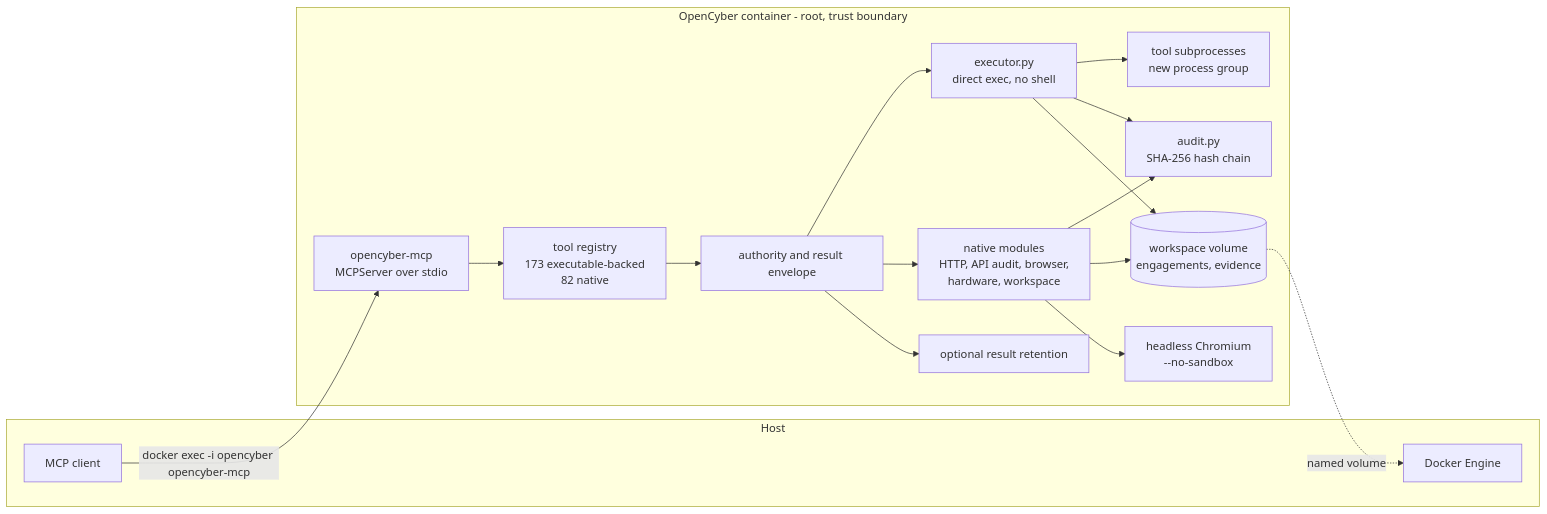
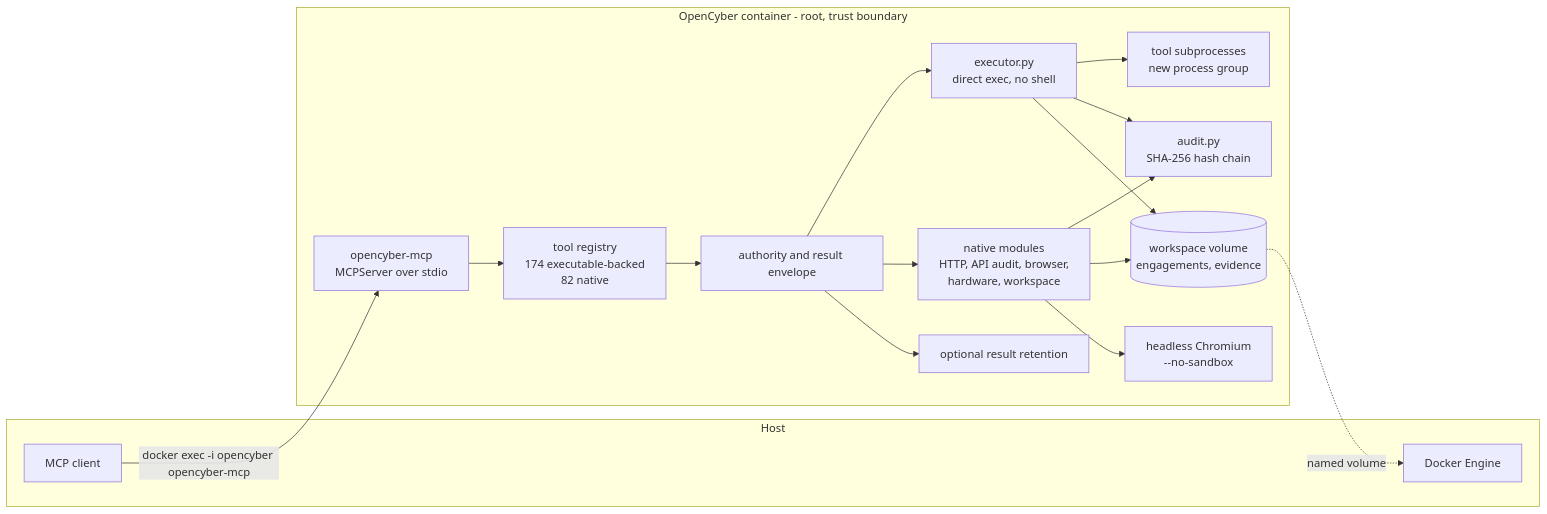
One commit to mitkox/opencyber changed the diagram in docs/ARCHITECTURE.md. Above: the diagram before and after it, drawn with Mermaid. The commit also changed other lines of this file and 77 other files, not shown here.

````diff
--- a/docs/ARCHITECTURE.md
+++ b/docs/ARCHITECTURE.md
@@ -9,34 +9,34 @@
 ```mermaid
 flowchart LR
   subgraph Host
     Client["MCP client"]
     Docker["Docker Engine"]
   end
 
   subgraph Container["OpenCyber container - root, trust boundary"]
     Server["opencyber-mcp<br/>MCPServer over stdio"]
-    Registry["tool registry<br/>173 executable-backed<br/>82 native"]
+    Registry["tool registry<br/>174 executable-backed<br/>82 native"]
     Contract["authority and result envelope"]
     Results["optional result retention"]
     Executor["executor.py<br/>direct exec, no shell"]
     Native["native modules<br/>HTTP, API audit, browser,<br/>hardware, workspace"]
     Audit["audit.py<br/>SHA-256 hash chain"]
     Workspace[("workspace volume<br/>engagements, evidence")]
     Children["tool subprocesses<br/>new process group"]
     Chromium["headless Chromium<br/>--no-sandbox"]
   end
 
   Client -->|"docker exec -i opencyber opencyber-mcp"| Server
   Server --> Registry
   Registry --> Contract
   Contract --> Executor
   Contract --> Native
   Contract --> Results
   Executor --> Children
   Executor --> Audit
   Native --> Audit
   Executor --> Workspace
   Native --> Workspace
   Native --> Chromium
   Workspace -.->|"named volume"| Docker
 ```
````
